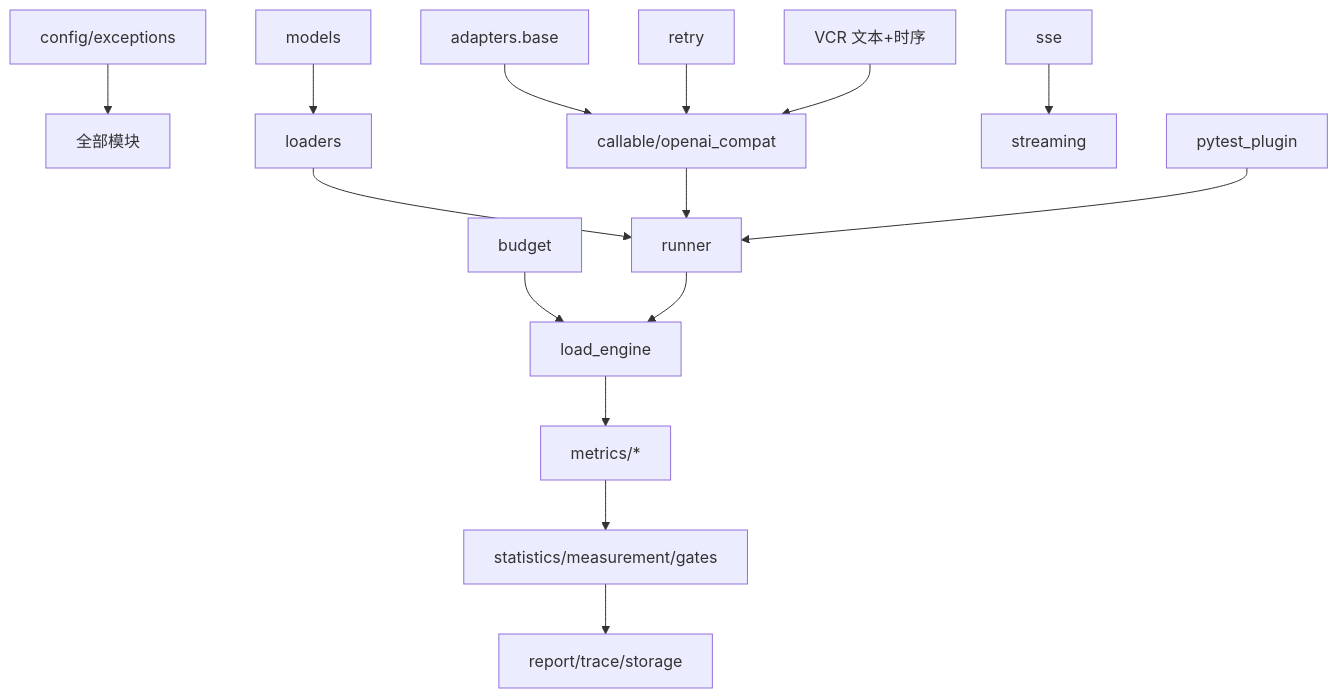
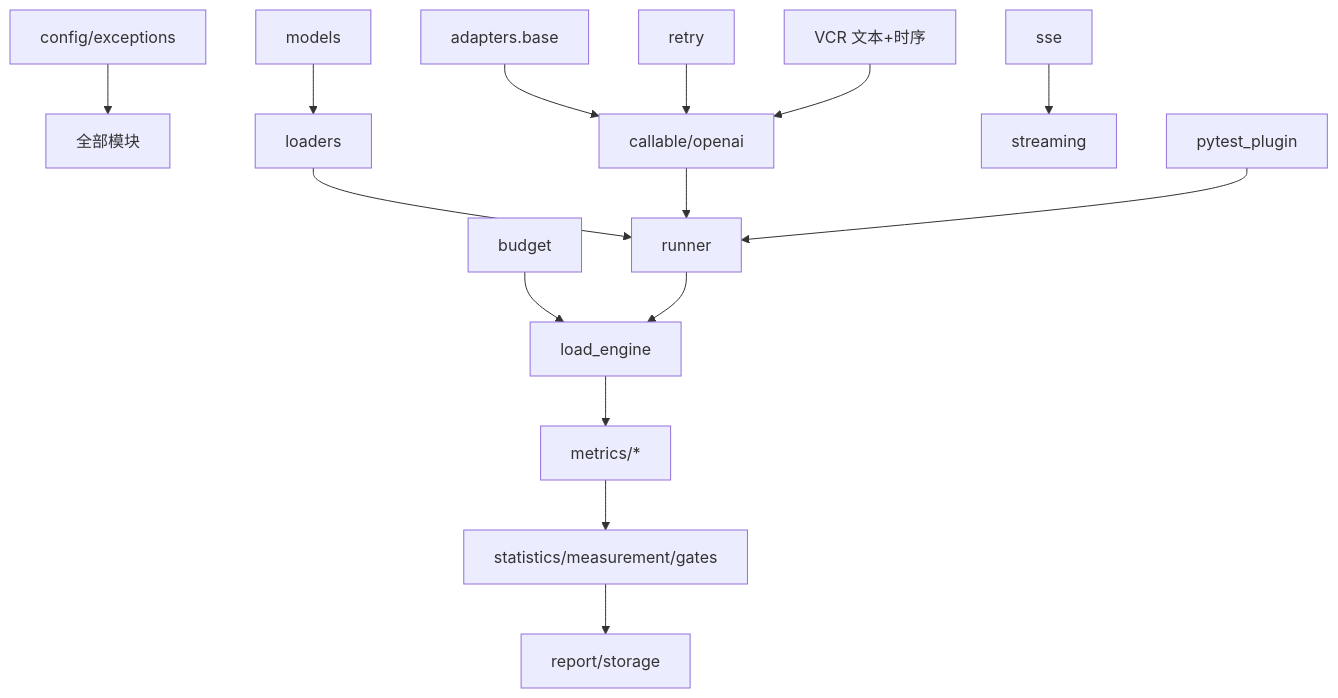
One commit to hu-chenyu/AquaMind changed the fifth of 5 diagrams in docs/ROADMAP.md. Above: the diagram before and after it, drawn with Mermaid. The commit also changed other lines of this file and 1 other file, not shown here.

Commit message:
docs: 路线图一致性修正（覆盖率口径、文件路径与表述对齐）

````diff
--- a/docs/ROADMAP.md
+++ b/docs/ROADMAP.md
@@ -218,17 +216,17 @@
 ```mermaid
 flowchart TD
   CFG[config/exceptions] --> ALL[全部模块]
   MODELS[models] --> LOADERS[loaders]
   LOADERS --> RUNNER[runner]
-  BASEADP[adapters.base] --> ADPIMPL[callable/openai_compat]
+  BASEADP[adapters.base] --> ADPIMPL[callable/openai]
   RETRY[retry] --> ADPIMPL
   REPLAY[VCR 文本+时序] --> ADPIMPL
   ADPIMPL --> RUNNER
   BUDGET[budget] --> ENGINE[load_engine]
   SSE[sse] --> STREAM[streaming]
   RUNNER --> ENGINE
   ENGINE --> METRICS[metrics/*]
   METRICS --> ANALYTICS[statistics/measurement/gates]
-  ANALYTICS --> REPORT[report/trace/storage]
+  ANALYTICS --> REPORT[report/storage]
   PLG[pytest_plugin] --> RUNNER
 ```
````
